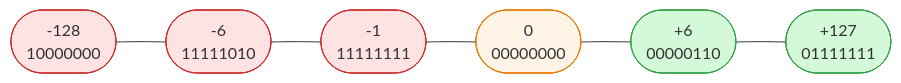
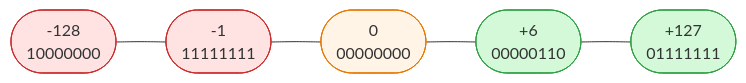
Before and after one commit to luguosong/obsidian-note: the fourth of 4 diagrams in 编程笔记/03-Java/01-基础/01-JavaSE/基本语法.md, drawn with Mermaid. The commit also changed other lines of this file and 5 other files, not shown here.

````diff
--- a/编程笔记/03-Java/01-基础/01-JavaSE/基本语法.md
+++ b/编程笔记/03-Java/01-基础/01-JavaSE/基本语法.md
@@ -711,13 +641,12 @@
 ```mermaid
 graph LR
     N128(["-128<br/>10000000"]):::neg
-    N6(["-6<br/>11111010"]):::neg
     N1(["-1<br/>11111111"]):::neg
     Z(["0<br/>00000000"]):::zero
     P6(["+6<br/>00000110"]):::pos
     P127(["+127<br/>01111111"]):::pos
-    N128 --- N6 --- N1 --- Z --- P6 --- P127
+    N128 --- N1 --- Z --- P6 --- P127
     classDef neg fill:#ffe3e3,stroke:#c92a2a
     classDef zero fill:#fff4e6,stroke:#e67700
     classDef pos fill:#d3f9d8,stroke:#2f9e44
 ```
````
